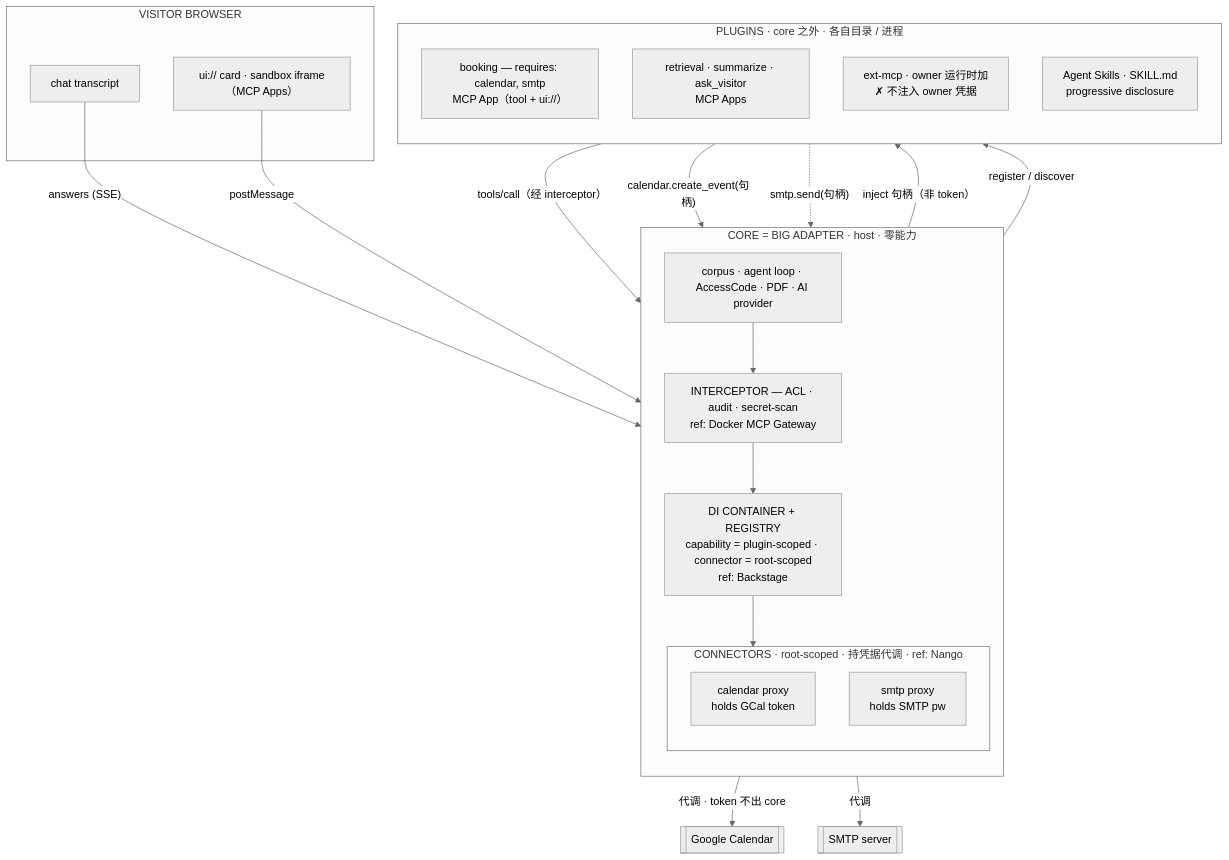
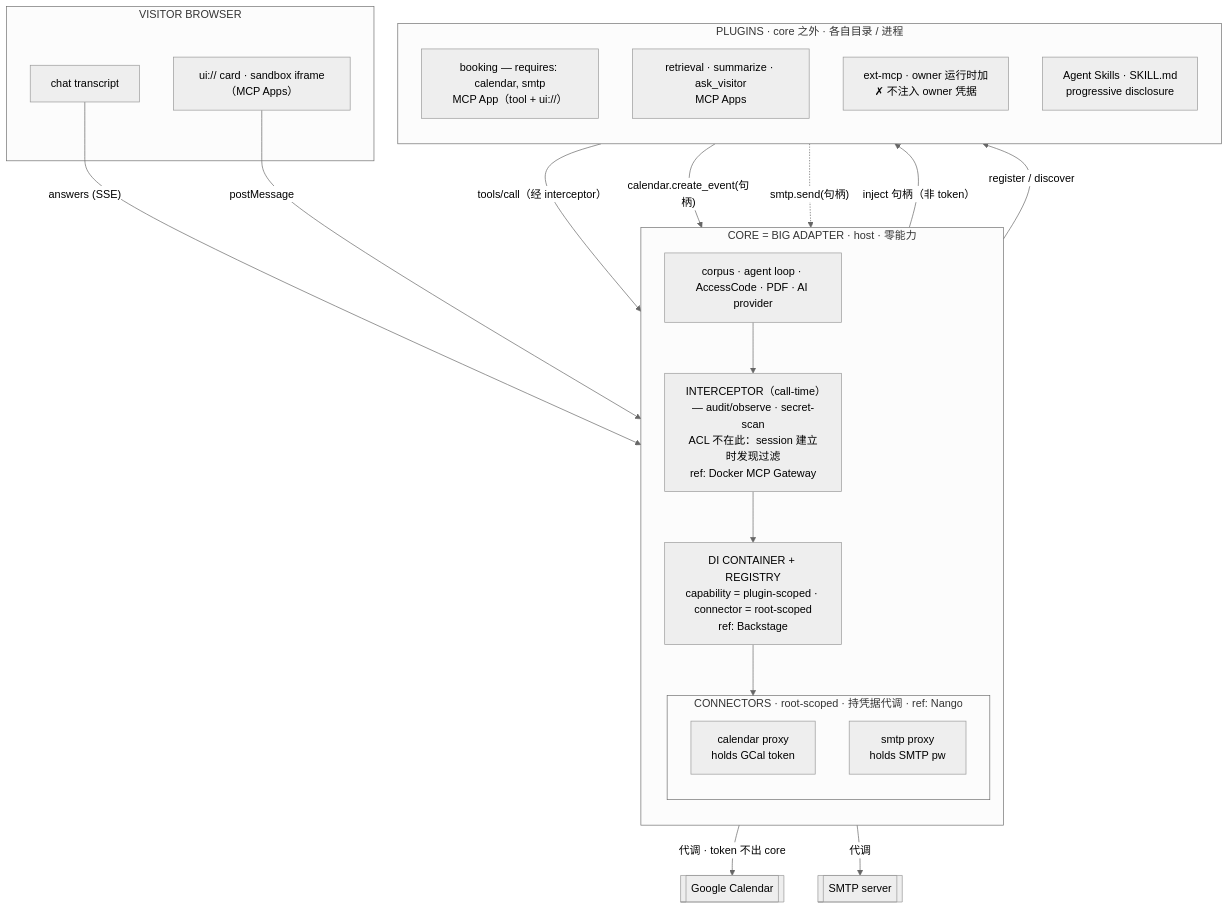
Before and after one commit to atmaxmoj/standmeet: the first of 2 diagrams in docs/design/platform-architecture.md, drawn with Mermaid (neutral theme). The commit also changed other lines of this file, not shown here.

````diff
--- a/docs/design/platform-architecture.md
+++ b/docs/design/platform-architecture.md
@@ -27,40 +27,40 @@
 ```mermaid
 flowchart TB
   subgraph BROWSER["VISITOR BROWSER"]
     chat["chat transcript"]
     card["ui:// card · sandbox iframe（MCP Apps）"]
   end
 
   subgraph CORE["CORE = BIG ADAPTER · host · 零能力"]
     direction TB
     loop["corpus · agent loop · AccessCode · PDF · AI provider"]
-    icpt["INTERCEPTOR — ACL · audit · secret-scan<br/>ref: Docker MCP Gateway"]
+    icpt["INTERCEPTOR（call-time）— audit/observe · secret-scan<br/>ACL 不在此：session 建立时发现过滤<br/>ref: Docker MCP Gateway"]
     di["DI CONTAINER + REGISTRY<br/>capability = plugin-scoped · connector = root-scoped<br/>ref: Backstage"]
     subgraph CONN["CONNECTORS · root-scoped · 持凭据代调 · ref: Nango"]
       cal["calendar proxy<br/>holds GCal token"]
       smtpc["smtp proxy<br/>holds SMTP pw"]
     end
     loop --> icpt --> di --> CONN
   end
 
   subgraph PLUGINS["PLUGINS · core 之外 · 各自目录 / 进程"]
     direction TB
     booking["booking — requires: calendar, smtp<br/>MCP App（tool + ui://）"]
     others["retrieval · summarize · ask_visitor<br/>MCP Apps"]
     extmcp["ext-mcp · owner 运行时加<br/>✗ 不注入 owner 凭据"]
     skills["Agent Skills · SKILL.md<br/>progressive disclosure"]
   end
 
   GOOGLE[["Google Calendar"]]
   SMTPSRV[["SMTP server"]]
 
   chat -- "answers (SSE)" --> loop
   card -- "postMessage" --> loop
   di -- "register / discover" --> PLUGINS
   di -- "inject 句柄（非 token）" --> booking
   booking -- "tools/call（经 interceptor）" --> icpt
   booking -- "calendar.create_event(句柄)" --> cal
   booking -. "smtp.send(句柄)" .-> smtpc
   cal -- "代调 · token 不出 core" --> GOOGLE
   smtpc -- "代调" --> SMTPSRV
 ```
````
